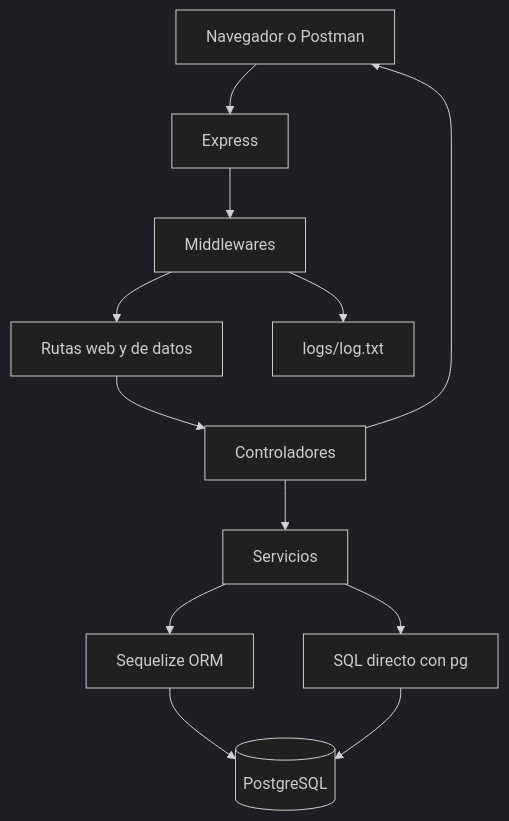
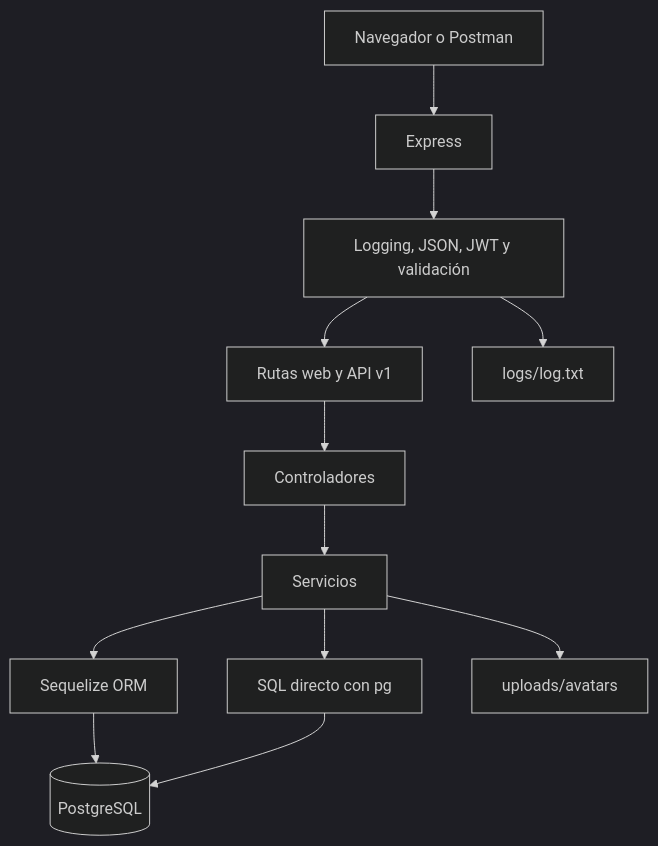
One commit to PsIgnacioOsorio/TaskFlow-Backend-Integrador changed the first of 2 diagrams in docs/flujo-cliente-servidor.md. Above: the diagram before and after it, drawn with Mermaid (dark theme). The commit also changed other lines of this file and 12 other files, not shown here.

````diff
--- a/docs/flujo-cliente-servidor.md
+++ b/docs/flujo-cliente-servidor.md
@@ -3,14 +5,14 @@
 ```mermaid
 flowchart TD
     C[Navegador o Postman] --> E[Express]
-    E --> M[Middlewares]
-    M --> R[Rutas web y de datos]
+    E --> M[Logging, JSON, JWT y validación]
+    M --> R[Rutas web y API v1]
     R --> K[Controladores]
     K --> S[Servicios]
     S --> O[Sequelize ORM]
     S --> Q[SQL directo con pg]
     O --> P[(PostgreSQL)]
     Q --> P
-    K --> C
+    S --> U[uploads/avatars]
     M --> L[logs/log.txt]
 ```
````
